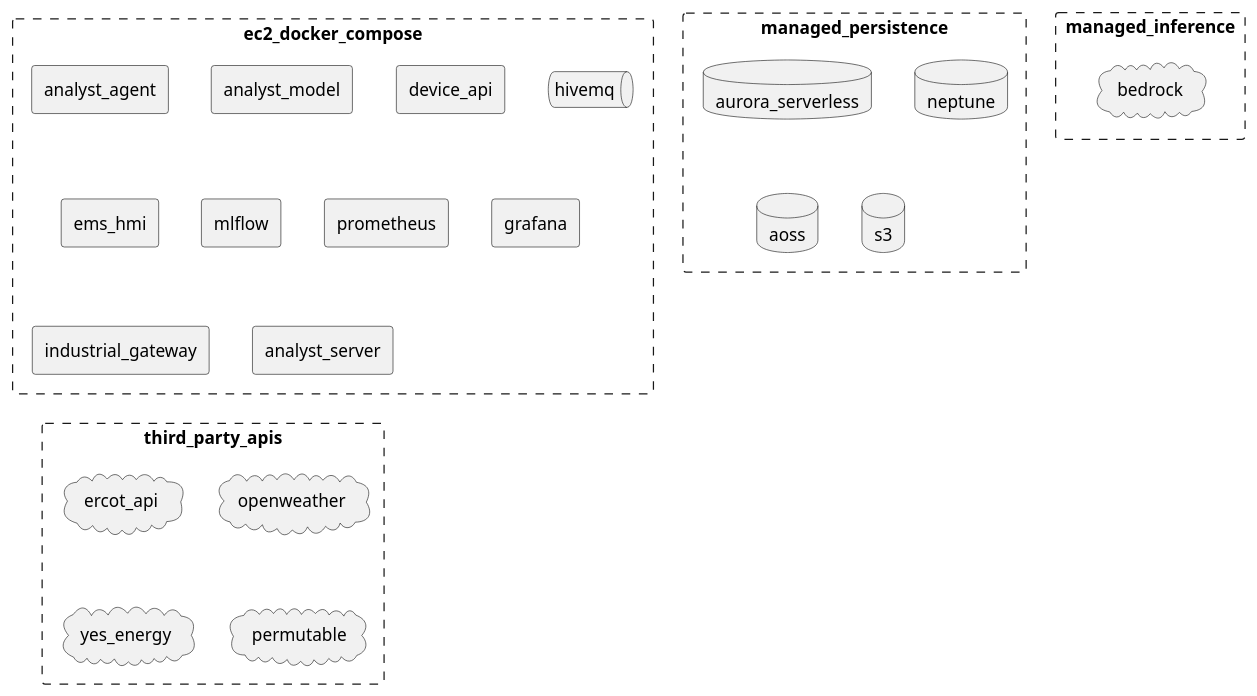
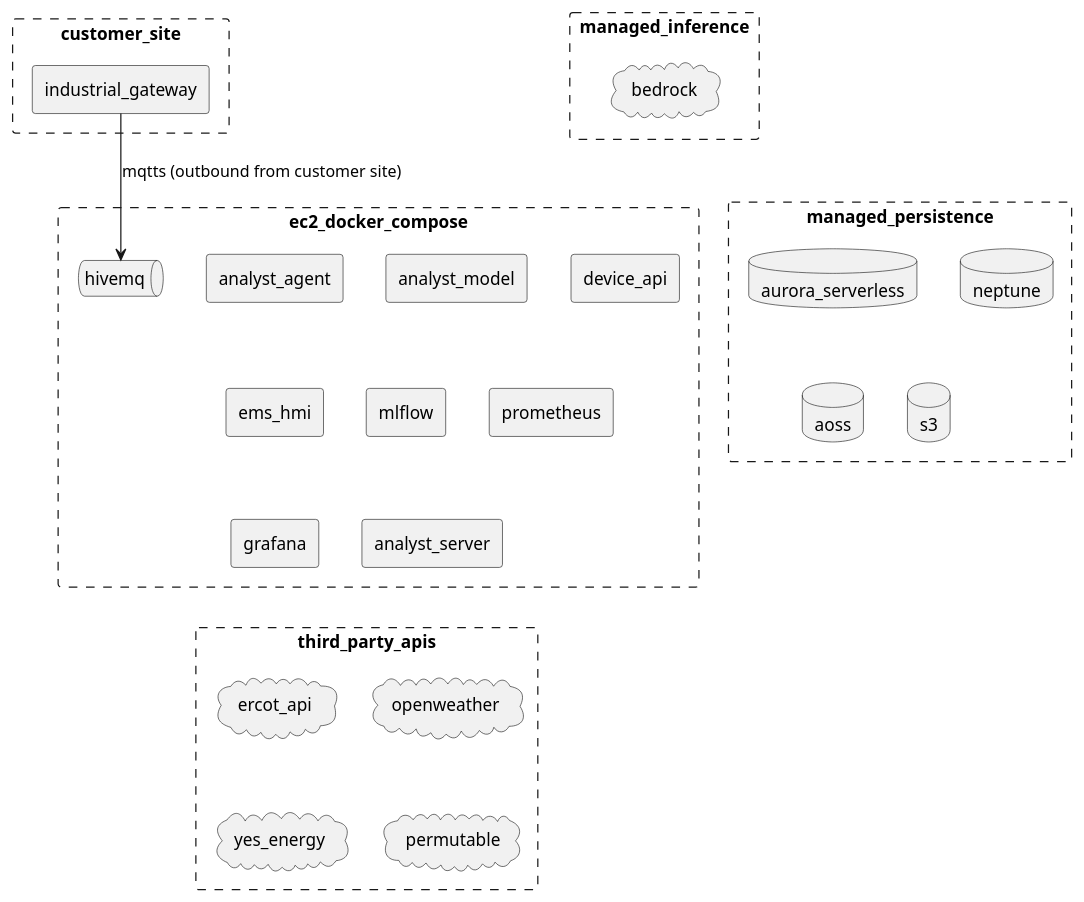
Before and after one commit to arcnode-io/ems: the fourth of 6 diagrams in readme.md, drawn with PlantUML. The commit also changed other lines of this file, not shown here.

First line of the commit message:
docs(deploy): split-topology gateway for cloud, on-prem bakes in

````diff
--- a/readme.md
+++ b/readme.md
@@ -152,33 +160,37 @@
 ```plantuml
 rectangle ec2_docker_compose #line.dashed {
     rectangle analyst_agent
     rectangle analyst_model
     rectangle device_api
     queue hivemq
     rectangle ems_hmi
     rectangle mlflow
     rectangle prometheus
     rectangle grafana
+    rectangle analyst_server
+}
+
+rectangle customer_site #line.dashed {
     rectangle industrial_gateway
-    rectangle analyst_server
 }
 
 rectangle managed_persistence #line.dashed {
     database aurora_serverless
     database neptune
     database aoss
     database s3
 }
 
 rectangle managed_inference #line.dashed {
     cloud bedrock
 }
 
 rectangle third_party_apis #line.dashed {
     cloud ercot_api
     cloud openweather
     cloud yes_energy
     cloud permutable
 }
 
+industrial_gateway --> hivemq: mqtts (outbound from customer site)
 ```
````
